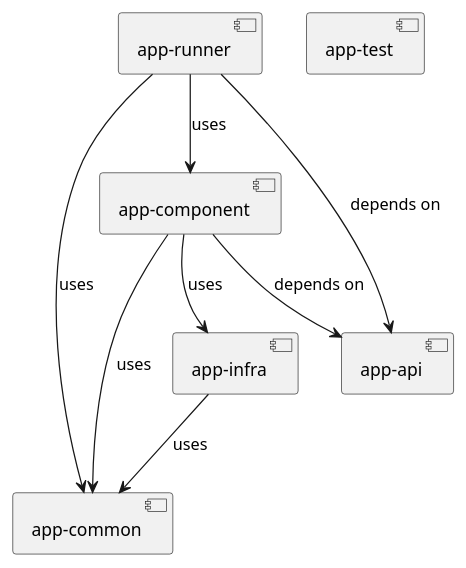
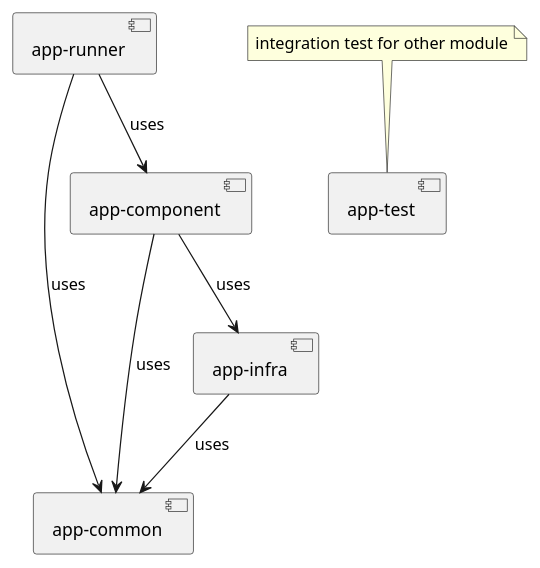
One commit to yoyocraft/social-x-backend changed the diagram in doc/project_structure.puml. Above: the diagram before and after it, drawn with PlantUML. The commit also changed 7 other files, not shown here.

```diff
--- a/doc/project_structure.puml
+++ b/doc/project_structure.puml
@@ -1,22 +1,23 @@
 @startuml
 
 ' 定义模块
 component "app-common" as common
 component "app-infra" as infra
 component "app-runner" as runner
 component "app-component" as comp
-component "app-api" as api
 component "app-test" as test
 
 ' 定义依赖关系
-runner --> api : depends on
 runner --> common : uses
 runner --> comp : uses
 
-comp --> api: depends on
 comp --> infra: uses
 comp --> common: uses
 
 infra --> common: uses
 
+
+note top of test
+integration test for other module
+end note
 @enduml
```
